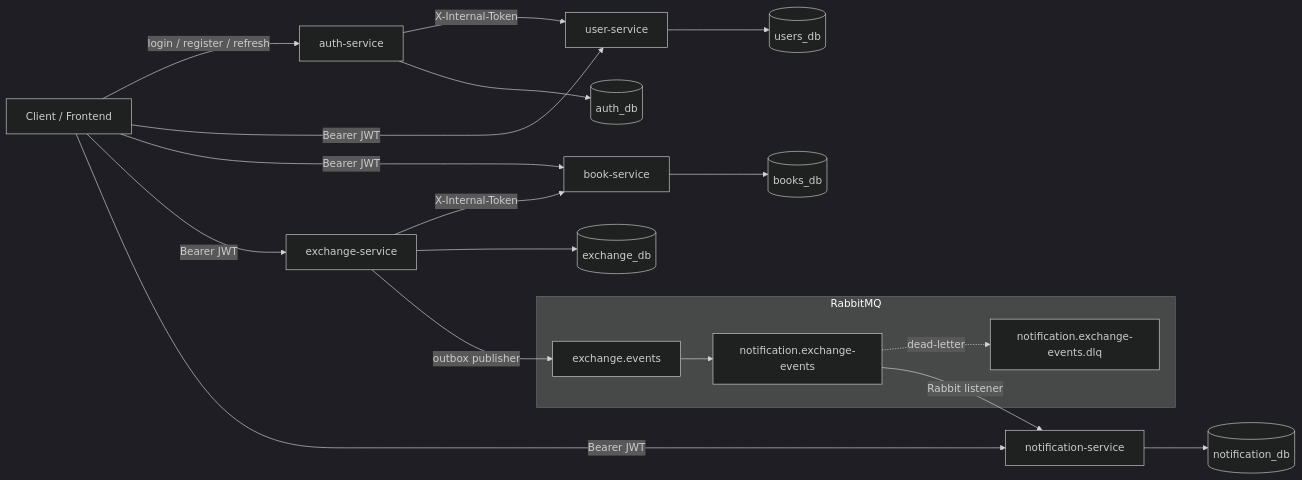
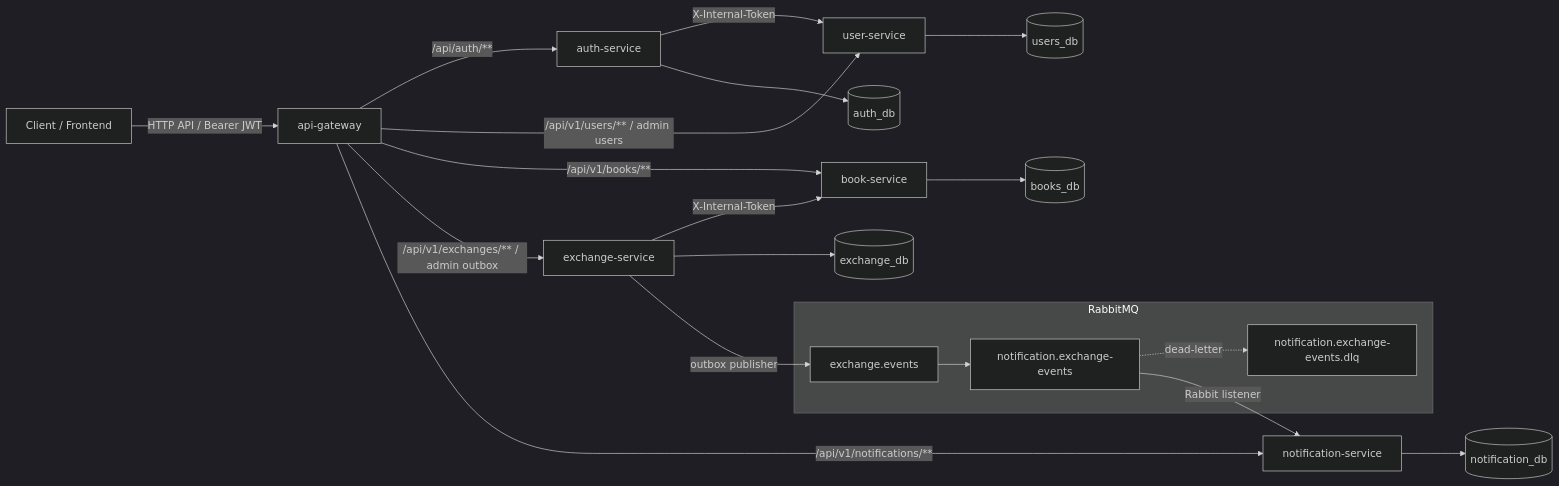
The first of 3 diagrams in README.md (MikhailTereshchenk0/second-shelf), drawn with Mermaid (dark theme) before and after one commit. The commit also changed other lines of this file and 10 other files, not shown here.

Commit message:
add api gateway service

````diff
--- a/README.md
+++ b/README.md
@@ -181,42 +192,44 @@
 ```mermaid
 flowchart LR
     Client["Client / Frontend"]
 
+    Gateway["api-gateway"]
     Auth["auth-service"]
     User["user-service"]
     Book["book-service"]
     Exchange["exchange-service"]
     Notification["notification-service"]
 
     AuthDb[("auth_db")]
     UserDb[("users_db")]
     BookDb[("books_db")]
     ExchangeDb[("exchange_db")]
     NotificationDb[("notification_db")]
 
     subgraph Rabbit["RabbitMQ"]
         Events["exchange.events"]
         Queue["notification.exchange-events"]
         DLQ["notification.exchange-events.dlq"]
         Events --> Queue
         Queue -. dead-letter .-> DLQ
     end
 
-    Client -->|"login / register / refresh"| Auth
-    Client -->|"Bearer JWT"| User
-    Client -->|"Bearer JWT"| Book
-    Client -->|"Bearer JWT"| Exchange
-    Client -->|"Bearer JWT"| Notification
+    Client -->|"HTTP API / Bearer JWT"| Gateway
+    Gateway -->|"/api/auth/**"| Auth
+    Gateway -->|"/api/v1/users/** / admin users"| User
+    Gateway -->|"/api/v1/books/**"| Book
+    Gateway -->|"/api/v1/exchanges/** / admin outbox"| Exchange
+    Gateway -->|"/api/v1/notifications/**"| Notification
 
     Auth -->|"X-Internal-Token"| User
     Exchange -->|"X-Internal-Token"| Book
 
     Auth --> AuthDb
     User --> UserDb
     Book --> BookDb
     Exchange --> ExchangeDb
     Notification --> NotificationDb
 
     Exchange -->|"outbox publisher"| Events
     Queue -->|"Rabbit listener"| Notification
 ```
````
